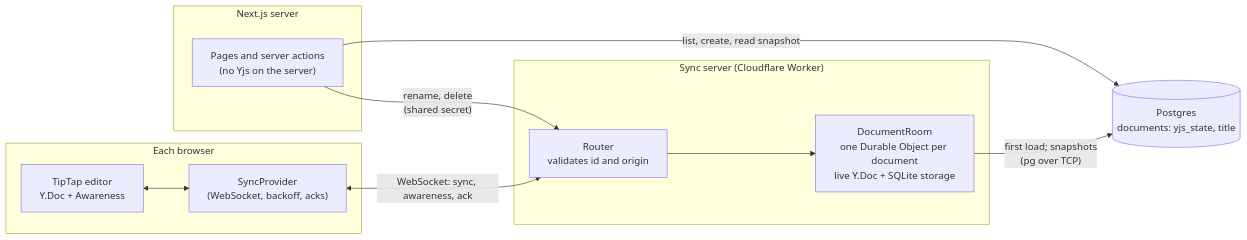
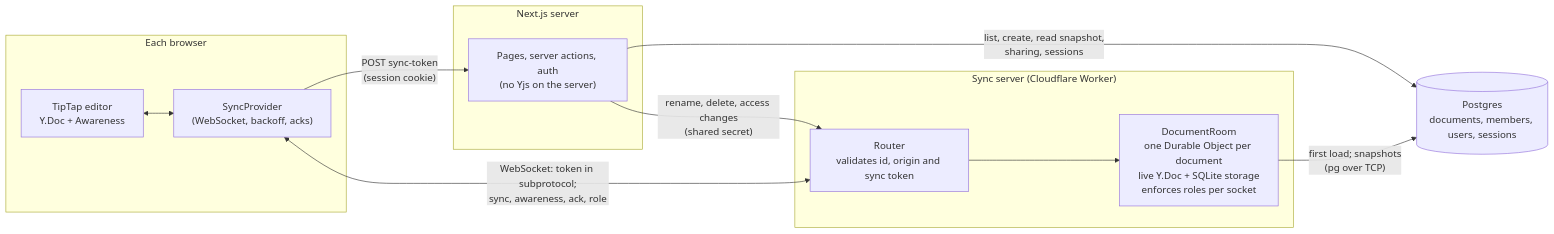
One commit to swayamDev/Real-time-collaborative-editor changed the first of 3 diagrams in README.md. Above: the diagram before and after it, drawn with Mermaid. The commit also changed other lines of this file and 1 other file, not shown here.

First line of the commit message:
README: auth and permissions, with a threat model; lint async waitForFunction

````diff
--- a/README.md
+++ b/README.md
@@ -75,25 +91,26 @@
 ```mermaid
 flowchart LR
   subgraph Browser["Each browser"]
     Editor["TipTap editor<br/>Y.Doc + Awareness"]
     Provider["SyncProvider<br/>(WebSocket, backoff, acks)"]
     Editor <--> Provider
   end
 
   subgraph Next["Next.js server"]
-    Pages["Pages and server actions<br/>(no Yjs on the server)"]
+    Pages["Pages, server actions, auth<br/>(no Yjs on the server)"]
   end
 
   subgraph Cloudflare["Sync server (Cloudflare Worker)"]
-    Router["Router<br/>validates id and origin"]
-    Room["DocumentRoom<br/>one Durable Object per document<br/>live Y.Doc + SQLite storage"]
+    Router["Router<br/>validates id, origin and sync token"]
+    Room["DocumentRoom<br/>one Durable Object per document<br/>live Y.Doc + SQLite storage<br/>enforces roles per socket"]
     Router --> Room
   end
 
-  PG[("Postgres<br/>documents: yjs_state, title")]
+  PG[("Postgres<br/>documents, members, users, sessions")]
 
-  Provider <-->|"WebSocket: sync, awareness, ack"| Router
-  Pages -->|"list, create, read snapshot"| PG
-  Pages -->|"rename, delete<br/>(shared secret)"| Router
+  Provider -->|"POST sync-token<br/>(session cookie)"| Pages
+  Provider <-->|"WebSocket: token in subprotocol;<br/>sync, awareness, ack, role"| Router
+  Pages -->|"list, create, read snapshot,<br/>sharing, sessions"| PG
+  Pages -->|"rename, delete, access changes<br/>(shared secret)"| Router
   Room -->|"first load; snapshots<br/>(pg over TCP)"| PG
 ```
````
